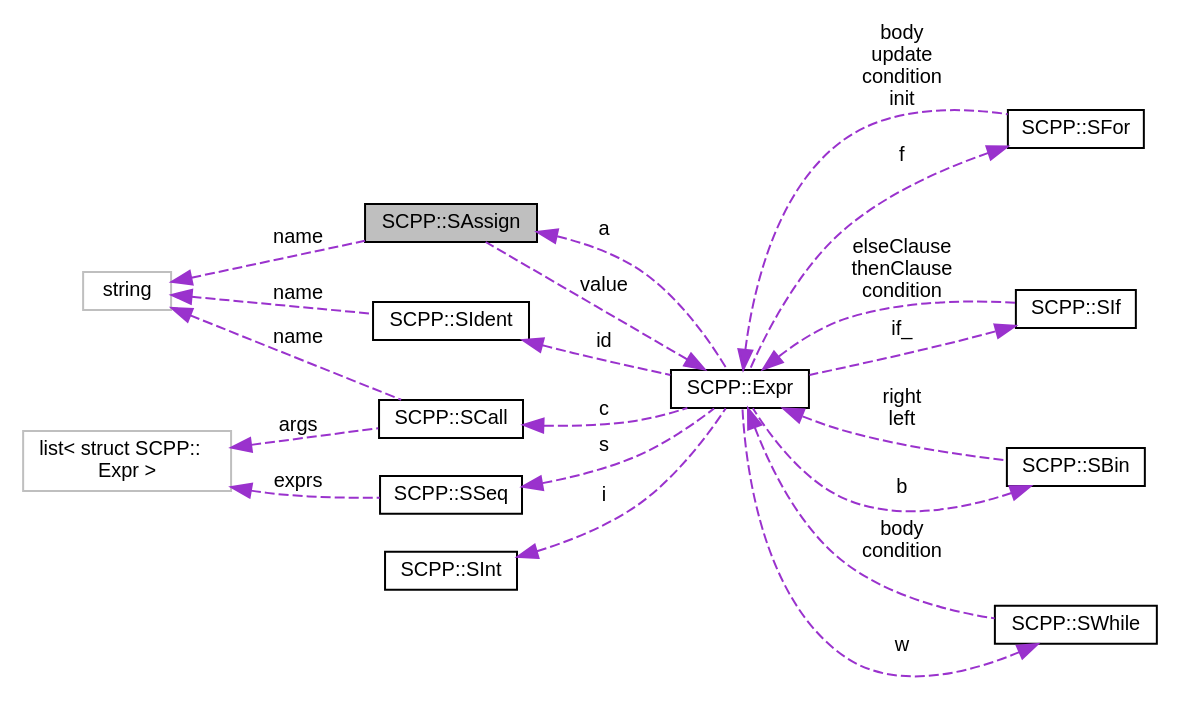
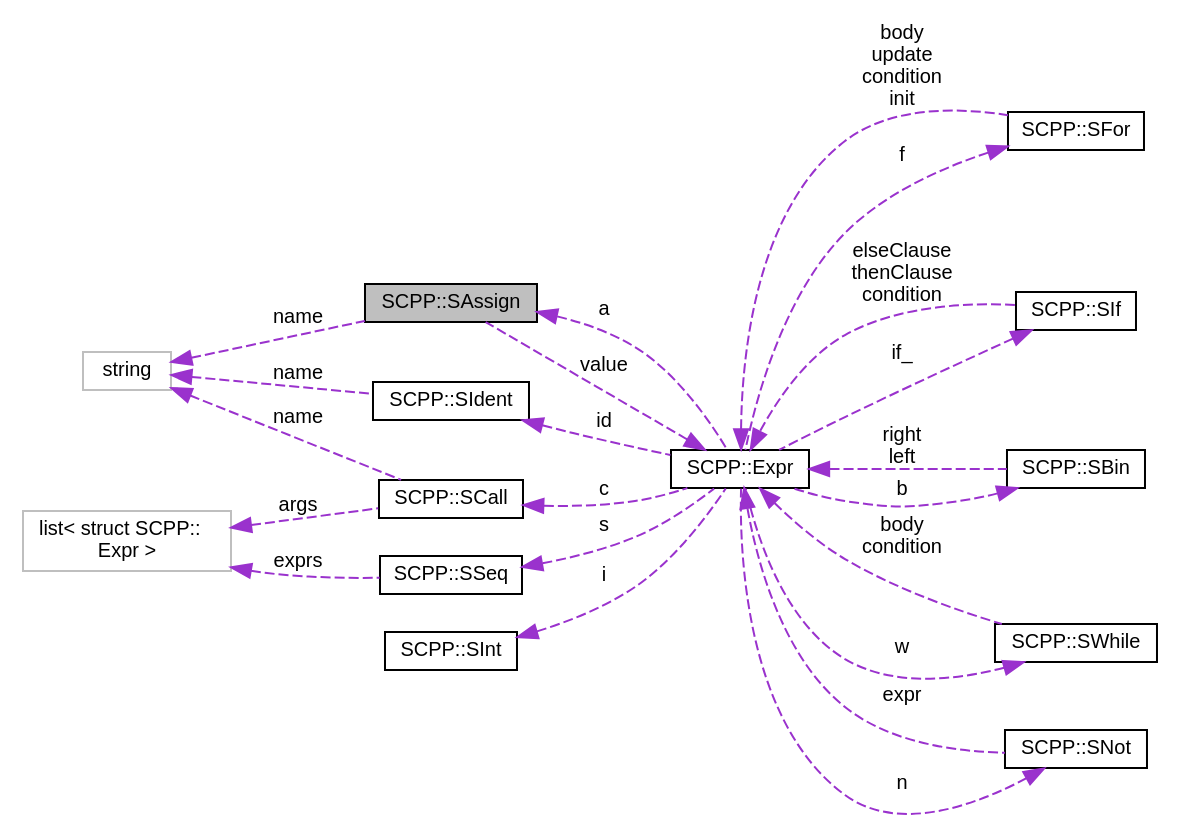
The diagram in docs/structSCPP_1_1SAssign__coll__graph.dot (HiroKoni/scpp), drawn with Graphviz before and after one commit. The commit also changed 34 other files, not shown here.

```diff
--- a/docs/structSCPP_1_1SAssign__coll__graph.dot
+++ b/docs/structSCPP_1_1SAssign__coll__graph.dot
@@ -1,38 +1,41 @@
 digraph "SCPP::SAssign"
 {
  // LATEX_PDF_SIZE
   edge [fontname="Helvetica",fontsize="10",labelfontname="Helvetica",labelfontsize="10"];
   node [fontname="Helvetica",fontsize="10",shape=record];
   rankdir="LR";
   Node1 [label="SCPP::SAssign",height=0.2,width=0.4,color="black", fillcolor="grey75", style="filled", fontcolor="black",tooltip=" "];
   Node2 -> Node1 [dir="back",color="darkorchid3",fontsize="10",style="dashed",label=" name" ,fontname="Helvetica"];
   Node2 [label="string",height=0.2,width=0.4,color="grey75", fillcolor="white", style="filled",tooltip=" "];
   Node3 -> Node1 [dir="back",color="darkorchid3",fontsize="10",style="dashed",label=" value" ,fontname="Helvetica"];
   Node3 [label="SCPP::Expr",height=0.2,width=0.4,color="black", fillcolor="white", style="filled",URL="$structSCPP_1_1Expr.html",tooltip="式を表す構造体"];
   Node4 -> Node3 [dir="back",color="darkorchid3",fontsize="10",style="dashed",label=" f" ,fontname="Helvetica"];
   Node4 [label="SCPP::SFor",height=0.2,width=0.4,color="black", fillcolor="white", style="filled",URL="$structSCPP_1_1SFor.html",tooltip=" "];
   Node3 -> Node4 [dir="back",color="darkorchid3",fontsize="10",style="dashed",label=" body\nupdate\ncondition\ninit" ,fontname="Helvetica"];
   Node5 -> Node3 [dir="back",color="darkorchid3",fontsize="10",style="dashed",label=" if_" ,fontname="Helvetica"];
   Node5 [label="SCPP::SIf",height=0.2,width=0.4,color="black", fillcolor="white", style="filled",URL="$structSCPP_1_1SIf.html",tooltip=" "];
   Node3 -> Node5 [dir="back",color="darkorchid3",fontsize="10",style="dashed",label=" elseClause\nthenClause\ncondition" ,fontname="Helvetica"];
   Node6 -> Node3 [dir="back",color="darkorchid3",fontsize="10",style="dashed",label=" b" ,fontname="Helvetica"];
   Node6 [label="SCPP::SBin",height=0.2,width=0.4,color="black", fillcolor="white", style="filled",URL="$structSCPP_1_1SBin.html",tooltip=" "];
   Node3 -> Node6 [dir="back",color="darkorchid3",fontsize="10",style="dashed",label=" right\nleft" ,fontname="Helvetica"];
   Node7 -> Node3 [dir="back",color="darkorchid3",fontsize="10",style="dashed",label=" id" ,fontname="Helvetica"];
   Node7 [label="SCPP::SIdent",height=0.2,width=0.4,color="black", fillcolor="white", style="filled",URL="$structSCPP_1_1SIdent.html",tooltip=" "];
   Node2 -> Node7 [dir="back",color="darkorchid3",fontsize="10",style="dashed",label=" name" ,fontname="Helvetica"];
   Node8 -> Node3 [dir="back",color="darkorchid3",fontsize="10",style="dashed",label=" w" ,fontname="Helvetica"];
   Node8 [label="SCPP::SWhile",height=0.2,width=0.4,color="black", fillcolor="white", style="filled",URL="$structSCPP_1_1SWhile.html",tooltip=" "];
   Node3 -> Node8 [dir="back",color="darkorchid3",fontsize="10",style="dashed",label=" body\ncondition" ,fontname="Helvetica"];
   Node9 -> Node3 [dir="back",color="darkorchid3",fontsize="10",style="dashed",label=" s" ,fontname="Helvetica"];
   Node9 [label="SCPP::SSeq",height=0.2,width=0.4,color="black", fillcolor="white", style="filled",URL="$structSCPP_1_1SSeq.html",tooltip=" "];
   Node10 -> Node9 [dir="back",color="darkorchid3",fontsize="10",style="dashed",label=" exprs" ,fontname="Helvetica"];
   Node10 [label="list\< struct SCPP::\lExpr \>",height=0.2,width=0.4,color="grey75", fillcolor="white", style="filled",tooltip=" "];
   Node11 -> Node3 [dir="back",color="darkorchid3",fontsize="10",style="dashed",label=" i" ,fontname="Helvetica"];
   Node11 [label="SCPP::SInt",height=0.2,width=0.4,color="black", fillcolor="white", style="filled",URL="$structSCPP_1_1SInt.html",tooltip=" "];
+  Node12 -> Node3 [dir="back",color="darkorchid3",fontsize="10",style="dashed",label=" n" ,fontname="Helvetica"];
+  Node12 [label="SCPP::SNot",height=0.2,width=0.4,color="black", fillcolor="white", style="filled",URL="$structSCPP_1_1SNot.html",tooltip=" "];
+  Node3 -> Node12 [dir="back",color="darkorchid3",fontsize="10",style="dashed",label=" expr" ,fontname="Helvetica"];
   Node1 -> Node3 [dir="back",color="darkorchid3",fontsize="10",style="dashed",label=" a" ,fontname="Helvetica"];
-  Node12 -> Node3 [dir="back",color="darkorchid3",fontsize="10",style="dashed",label=" c" ,fontname="Helvetica"];
-  Node12 [label="SCPP::SCall",height=0.2,width=0.4,color="black", fillcolor="white", style="filled",URL="$structSCPP_1_1SCall.html",tooltip=" "];
-  Node10 -> Node12 [dir="back",color="darkorchid3",fontsize="10",style="dashed",label=" args" ,fontname="Helvetica"];
-  Node2 -> Node12 [dir="back",color="darkorchid3",fontsize="10",style="dashed",label=" name" ,fontname="Helvetica"];
+  Node13 -> Node3 [dir="back",color="darkorchid3",fontsize="10",style="dashed",label=" c" ,fontname="Helvetica"];
+  Node13 [label="SCPP::SCall",height=0.2,width=0.4,color="black", fillcolor="white", style="filled",URL="$structSCPP_1_1SCall.html",tooltip=" "];
+  Node10 -> Node13 [dir="back",color="darkorchid3",fontsize="10",style="dashed",label=" args" ,fontname="Helvetica"];
+  Node2 -> Node13 [dir="back",color="darkorchid3",fontsize="10",style="dashed",label=" name" ,fontname="Helvetica"];
 }
```
